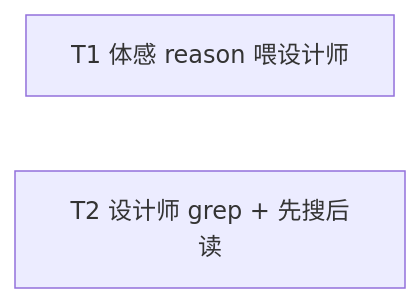
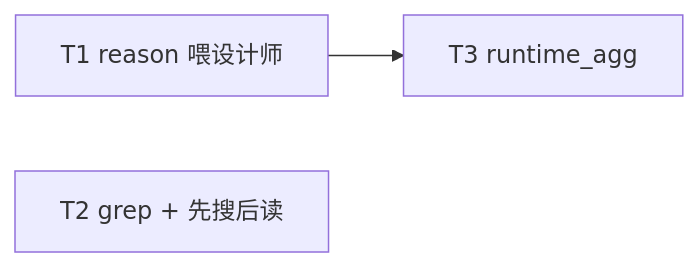
Before and after one commit to Curry09/AHE-Beta: the diagram in docs/specs/0016-designer-rootcause-signal.md, drawn with Mermaid. The commit also changed other lines of this file and 5 other files, not shown here.

````diff
--- a/docs/specs/0016-designer-rootcause-signal.md
+++ b/docs/specs/0016-designer-rootcause-signal.md
@@ -92,5 +95,7 @@
 ```mermaid
 graph LR
-  T1[T1 体感 reason 喂设计师]
-  T2[T2 设计师 grep + 先搜后读]
+  T1[T1 reason 喂设计师]
+  T2[T2 grep + 先搜后读]
+  T3[T3 runtime_agg]
+  T1 --> T3
 ```
````
